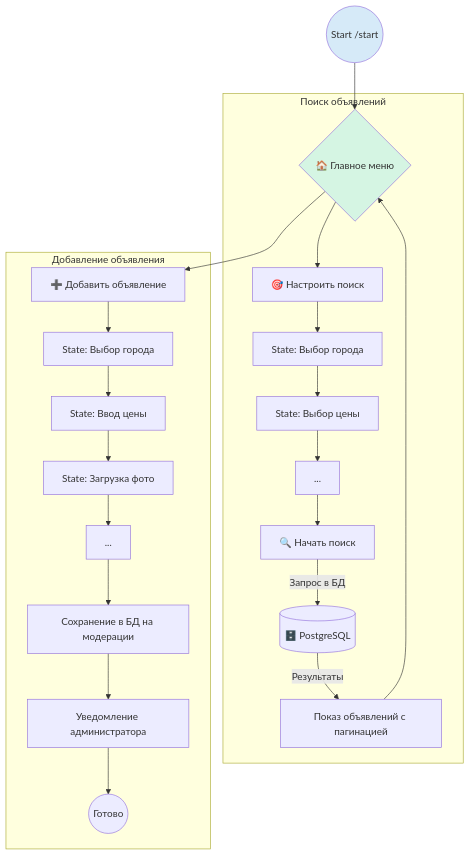
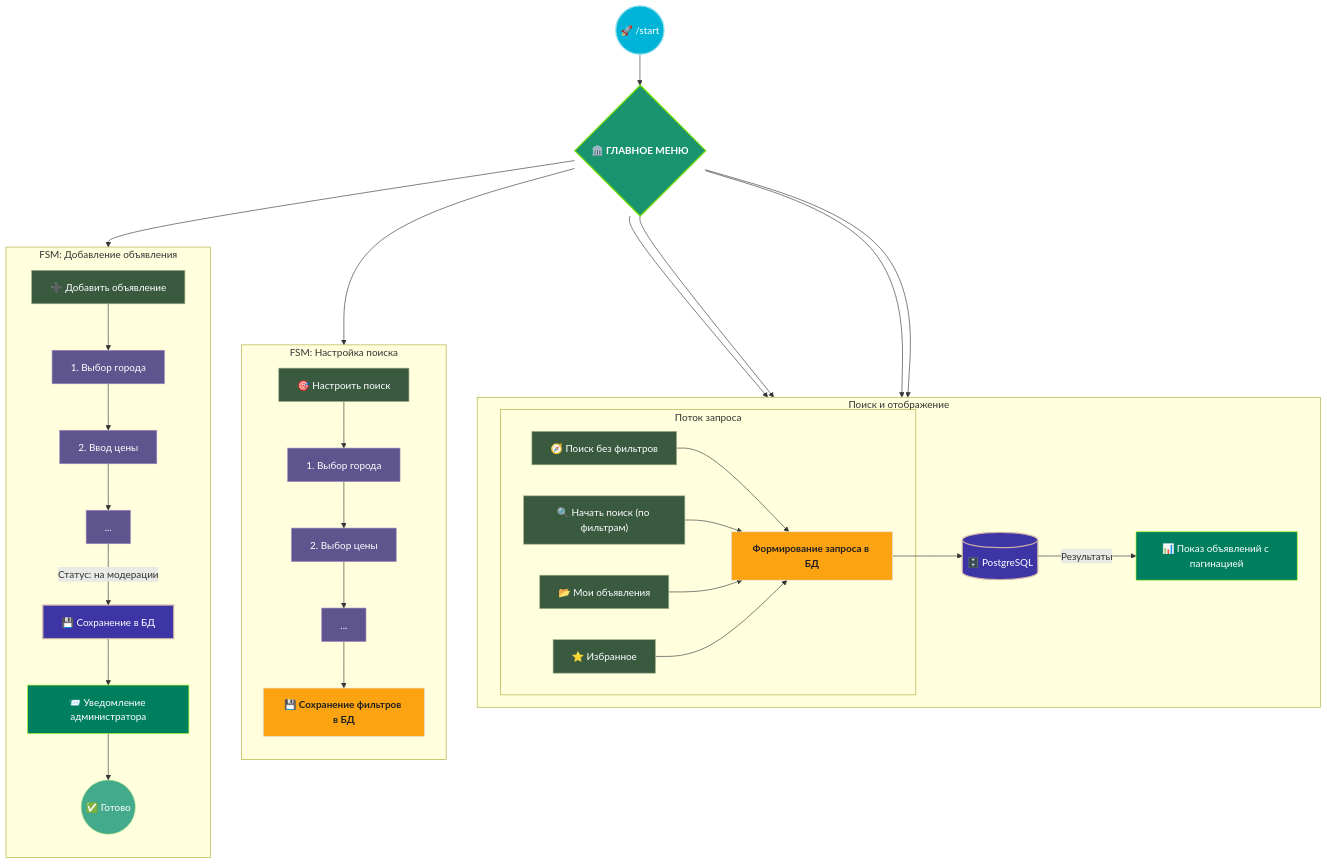
One commit to mak1ntosh1/RealEstateBot changed the second of 4 diagrams in README.md. Above: the diagram before and after it, drawn with Mermaid. The commit also changed other lines of this file, not shown here.

````diff
--- a/README.md
+++ b/README.md
@@ -132,29 +164,67 @@
 ```mermaid
 graph TD
-    Start((Start /start)) --> MainMenu{🏠 Главное меню}
+    %% === 1. Определения стилей для тёмной темы (Без изменений) ===
+    classDef startStyle fill:#00b4d8,stroke:#90e0ef,stroke-width:2px,color:#fff
+    classDef menuStyle fill:#1a936f,stroke:#70e000,stroke-width:2px,color:#fff,font-size:16px,font-weight:bold
+    classDef fsmStyle fill:#5e548e,stroke:#9f86c0,stroke-width:1px,color:#fff
+    classDef dbOpStyle fill:#fca311,stroke:#e0e0e0,stroke-width:1px,color:#212121,font-weight:bold
+    classDef dbStyle fill:#3d34a5,stroke:#c9ada7,stroke-width:2px,color:#fff
+    classDef resultStyle fill:#007f5f,stroke:#9ef01a,stroke-width:1px,color:#fff
+    classDef finalStyle fill:#43aa8b,stroke:#b5e48c,stroke-width:1px,color:#fff
+    classDef buttonStyle fill:#3a5a40,stroke:#a3b18a,stroke-width:1px,color:#fff
+    classDef LinkStyle fill:#219ebc,stroke:#a3b18a,stroke-width:1px,color:#fff
 
-    subgraph "Поиск объявлений"
-        MainMenu --> B1[🎯 Настроить поиск]
-        B1 --> FSM_Search_1[State: Выбор города]
-        FSM_Search_1 --> FSM_Search_2[State: Выбор цены]
-        FSM_Search_2 --> FSM_Search_3[...]
-        FSM_Search_3 --> B2[🔍 Начать поиск]
-        B2 -- Запрос в БД --> DB[(🗄️ PostgreSQL)]
-        DB -- Результаты --> ShowResults[Показ объявлений с пагинацией]
-        ShowResults --> MainMenu
+    %% === 2. Основной поток и меню ===
+    Start((🚀 /start)) --> MainMenu{🏛️ ГЛАВНОЕ МЕНЮ}
+    
+    %% Блоки, ведущие к поиску
+    B1["🧭 Поиск без фильтров"]:::buttonStyle
+    B2["🔍 Начать поиск (по фильтрам)"]:::buttonStyle
+    B5["📂 Мои объявления"]:::buttonStyle
+    B6["⭐ Избранное"]:::buttonStyle
+
+    MainMenu --> B1
+    MainMenu --> B2
+    MainMenu --> B3["🎯 Настроить поиск"]:::buttonStyle
+    MainMenu --> B4["➕ Добавить объявление"]:::buttonStyle
+    MainMenu --> B5
+    MainMenu --> B6
+    
+    %% Потоки поиска/просмотра
+    subgraph "Поиск и отображение"
+        direction LR
+        subgraph "Поток запроса"
+            B1 --> QueryGen
+            B2 --> QueryGen
+            B5 --> QueryGen
+            B6 --> QueryGen
+        end
+        QueryGen["Формирование запроса в БД"]:::dbOpStyle --> DB[(🗄️ PostgreSQL)]:::dbStyle
+        DB -->|"Результаты"| ShowResults["📊 Показ объявлений с пагинацией"]:::resultStyle
     end
 
-    subgraph "Добавление объявления"
-        MainMenu --> B3[➕ Добавить объявление]
-        B3 --> FSM_Add_1[State: Выбор города]
-        FSM_Add_1 --> FSM_Add_2[State: Ввод цены]
-        FSM_Add_2 --> FSM_Add_3[State: Загрузка фото]
-        FSM_Add_3 --> FSM_Add_4[...]
-        FSM_Add_4 --> SaveAd[Сохранение в БД на модерации]
-        SaveAd --> NotifyAdmin[Уведомление администратора]
-        NotifyAdmin --> EndAd((Готово))
+    %% === 3. FSM: Настройка поиска ===
+    subgraph "FSM: Настройка поиска"
+        direction TB
+        B3 --> FSM_Search_1["1. Выбор города"]:::fsmStyle
+        FSM_Search_1 --> FSM_Search_2["2. Выбор цены"]:::fsmStyle
+        FSM_Search_2 --> FSM_Search_3["..."]:::fsmStyle
+        FSM_Search_3 --> SaveFilters["💾 Сохранение фильтров в БД"]:::dbOpStyle
     end
-    
-    style Start fill:#D6EAF8
-    style MainMenu fill:#D5F5E3
+ 
+
+    %% === 4. FSM: Добавление объявления ===
+    subgraph "FSM: Добавление объявления"
+        direction TB
+        B4 --> FSM_Add_1["1. Выбор города"]:::fsmStyle
+        FSM_Add_1 --> FSM_Add_2["2. Ввод цены"]:::fsmStyle
+        FSM_Add_2 --> FSM_Add_3["..."]:::fsmStyle
+        FSM_Add_3 -- "Статус: на модерации" --> SaveAd["💾 Сохранение в БД"]:::dbStyle
+        SaveAd --> NotifyAdmin["📨 Уведомление администратора"]:::resultStyle
+        NotifyAdmin --> EndAd((✅ Готово)):::finalStyle
+    end
+
+    %% === 5. Применение стилей (для тех, что не применены в шаге 2) ===
+    class Start startStyle
+    class MainMenu menuStyle
 ```
````
